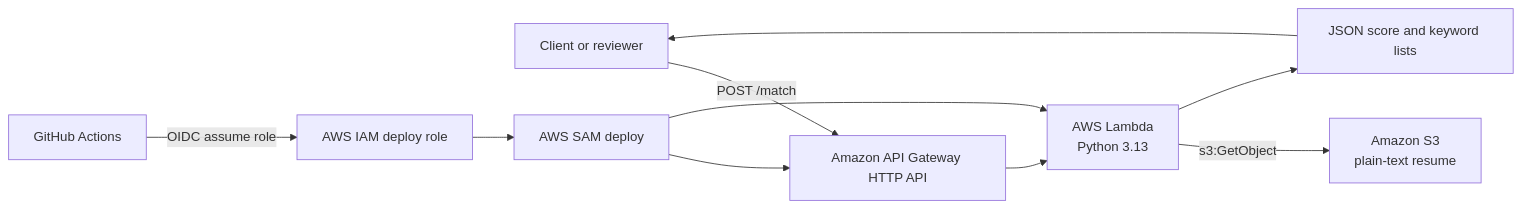
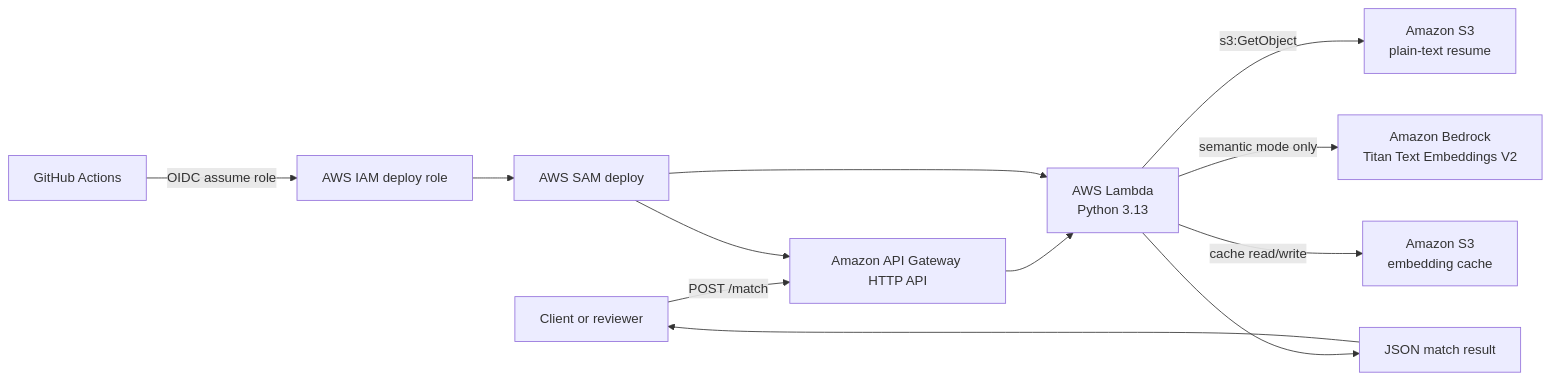
One commit to jon-innnput/aws-resume-matcher changed the diagram in README.md. Above: the diagram before and after it, drawn with Mermaid. The commit also changed other lines of this file and 2 other files, not shown here.

````diff
--- a/README.md
+++ b/README.md
@@ -11,13 +17,15 @@
 ```mermaid
 flowchart LR
     User["Client or reviewer"] -->|"POST /match"| Api["Amazon API Gateway HTTP API"]
     Api --> Lambda["AWS Lambda<br/>Python 3.13"]
     Lambda -->|"s3:GetObject"| S3["Amazon S3<br/>plain-text resume"]
-    Lambda --> Response["JSON score and keyword lists"]
+    Lambda -->|"semantic mode only"| Bedrock["Amazon Bedrock<br/>Titan Text Embeddings V2"]
+    Lambda -->|"cache read/write"| Cache["Amazon S3<br/>embedding cache"]
+    Lambda --> Response["JSON match result"]
     Response --> User
 
     GitHub["GitHub Actions"] -->|"OIDC assume role"| IAM["AWS IAM deploy role"]
     IAM --> SAM["AWS SAM deploy"]
     SAM --> Api
     SAM --> Lambda
 ```
````
